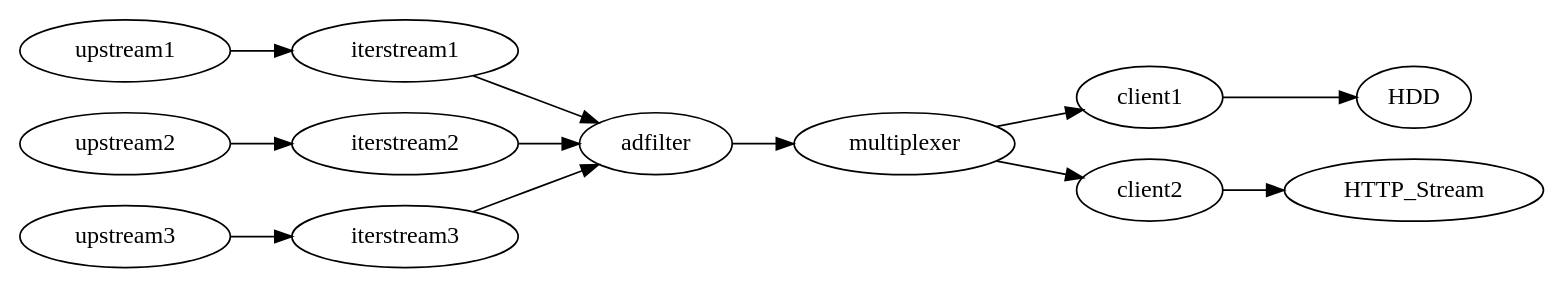
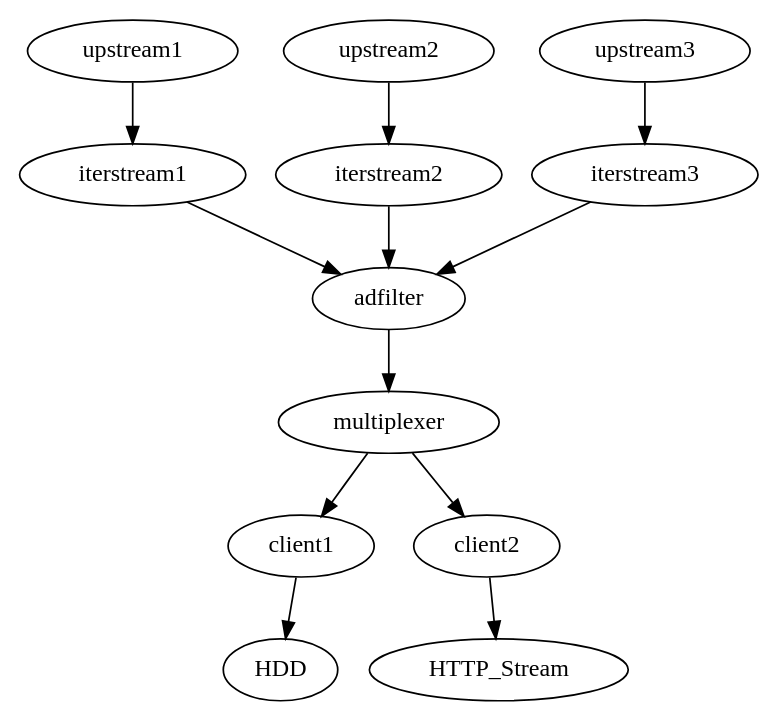
Before and after one commit to johntyree/rio: the diagram in new_design.gv, drawn with Graphviz. The commit also changed 1 other file, not shown here.

Commit message:
Work on new architecture

```diff
--- a/new_design.gv
+++ b/new_design.gv
@@ -1,22 +1,22 @@
 digraph G {
-        graph [layout=dot rankdir=LR]
+        graph [layout=dot rankdir=UD]
 
 // This is just an example for you to use as a template.
 // Edit as you like. Whenever you save a legal graph
 // the layout in the graphviz window will be updated.
 
         upstream1 -> iterstream1
         upstream2 -> iterstream2
         upstream3 -> iterstream3
 
         {iterstream1 iterstream2 iterstream3} -> adfilter
 
         adfilter -> multiplexer
 
         multiplexer -> {client1, client2}
 
         client1 -> HDD
         client2 -> HTTP_Stream
 
 
 }
```
